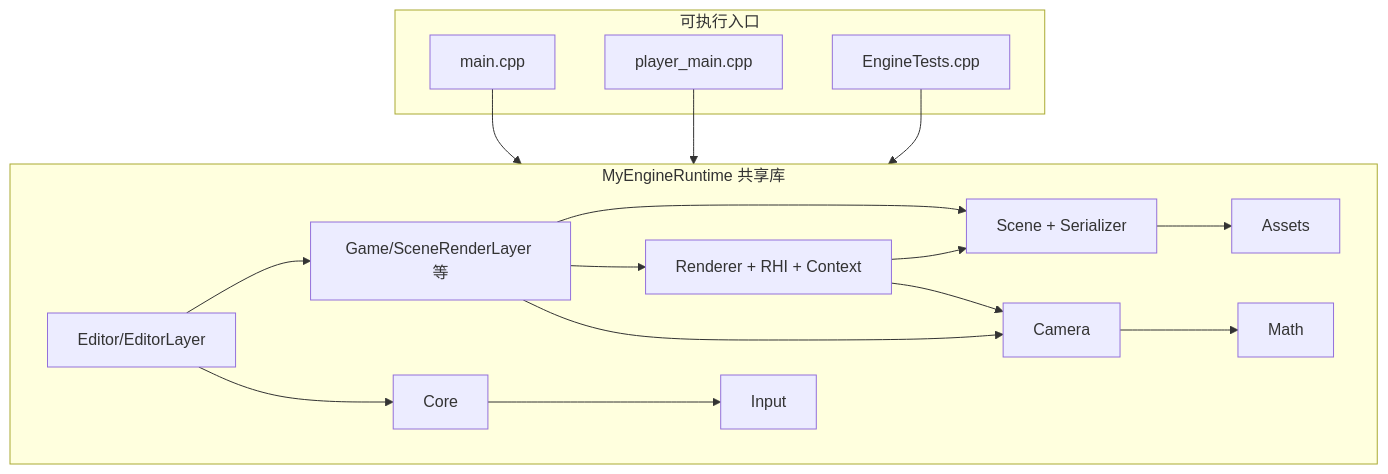
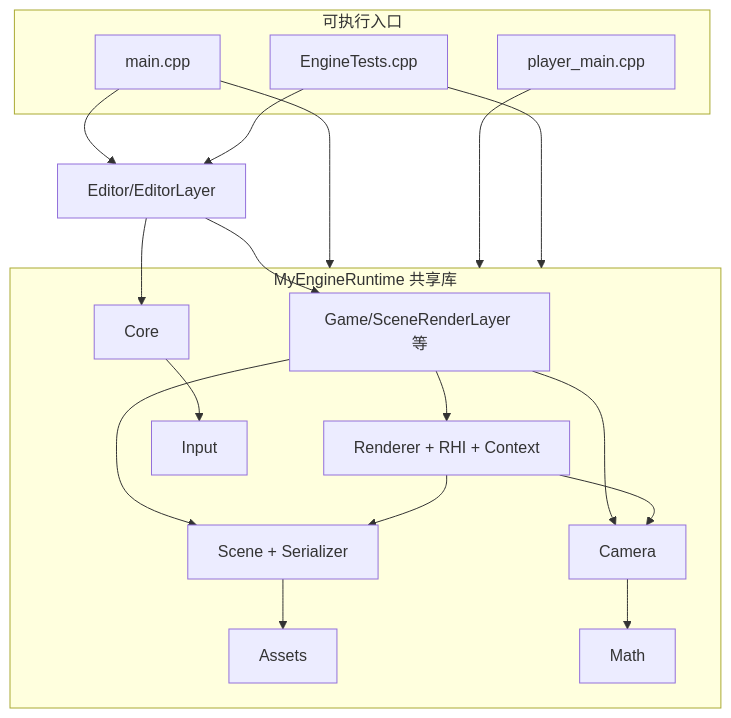
One commit to bladesero/MyEngine changed the first of 2 diagrams in design.md. Above: the diagram before and after it, drawn with Mermaid. The commit also changed other lines of this file and 83 other files, not shown here.

````diff
--- a/design.md
+++ b/design.md
@@ -88,35 +88,36 @@
 ```mermaid
 flowchart TB
     subgraph apps [可执行入口]
         EditorExe[main.cpp]
         PlayerExe[player_main.cpp]
         TestsExe[EngineTests.cpp]
     end
 
     subgraph runtime_dll [MyEngineRuntime 共享库]
-        Editor[Editor/EditorLayer]
         Game[Game/SceneRenderLayer 等]
         R[Renderer + RHI + Context]
         Cam[Camera]
         Sc[Scene + Serializer]
         Ast[Assets]
         Core[Core]
         Inp[Input]
         Math[Math]
     end
 
     EditorExe --> runtime_dll
     PlayerExe --> runtime_dll
     TestsExe --> runtime_dll
 
+    EditorExe --> Editor[Editor/EditorLayer]
+    TestsExe --> Editor
     Editor --> Game
     Editor --> Core
     Game --> Sc
     Game --> R
     Game --> Cam
     R --> Sc
     R --> Cam
     Sc --> Ast
     Cam --> Math
     Core --> Inp
 ```
````
